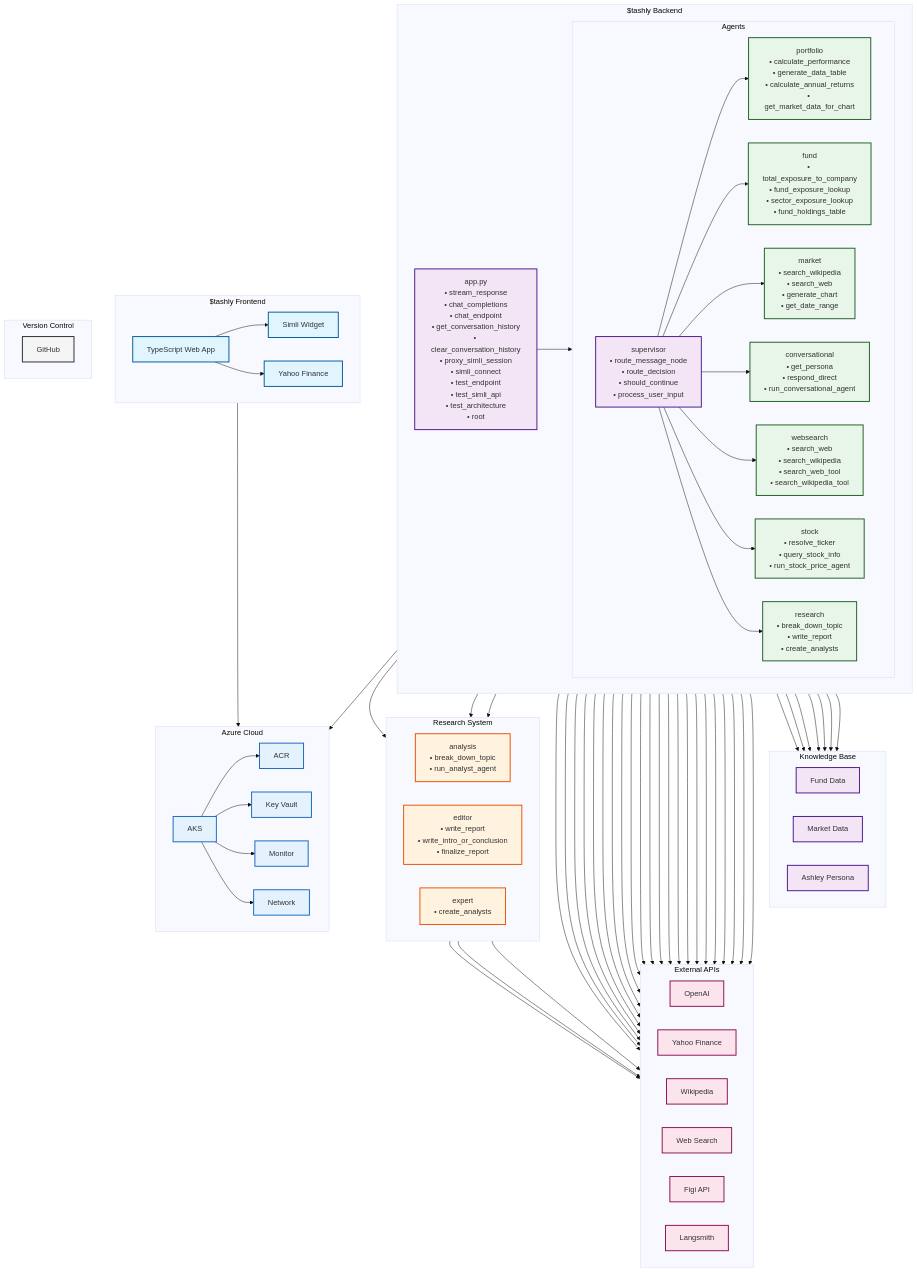
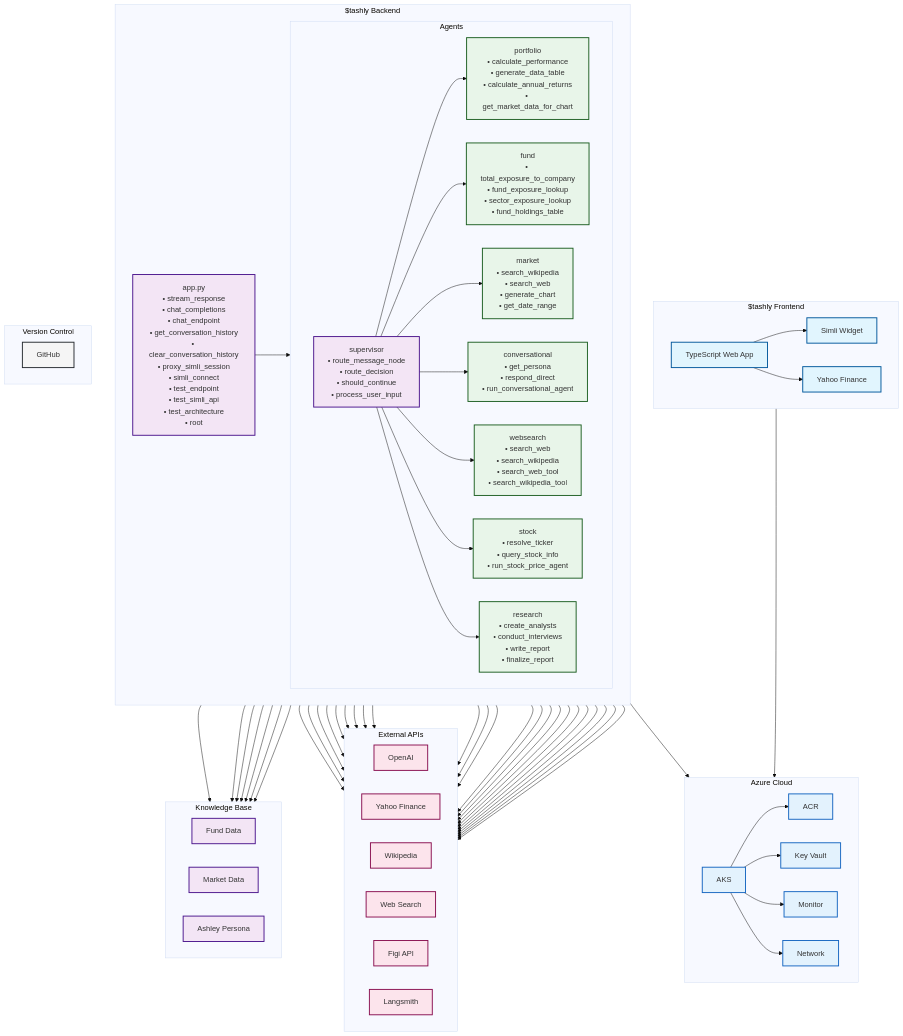
Before and after one commit to Mrcolgate2024/Stashly_BE: the diagram in ARCHITECTURE.md, drawn with Mermaid (base theme). The commit also changed other lines of this file and 9 other files, not shown here.

Commit message:
refactor: consolidate research agent system into single file with improved error handling and auto-approval

```diff
--- a/ARCHITECTURE.md
+++ b/ARCHITECTURE.md
@@ -33,16 +33,8 @@
             SUP --> CONV[conversational<br>• get_persona<br>• respond_direct<br>• run_conversational_agent]:::agent
             SUP --> WEB[websearch<br>• search_web<br>• search_wikipedia<br>• search_web_tool<br>• search_wikipedia_tool]:::agent
             SUP --> STOCK[stock<br>• resolve_ticker<br>• query_stock_info<br>• run_stock_price_agent]:::agent
-            SUP --> RS[research<br>• break_down_topic<br>• write_report<br>• create_analysts]:::agent
+            SUP --> RS[research<br>• create_analysts<br>• conduct_interviews<br>• write_report<br>• finalize_report]:::agent
         end
-    end
-
-    %% Research System
-    subgraph Research["Research System"]
-        direction LR
-        RS --> AN[analysis<br>• break_down_topic<br>• run_analyst_agent]:::research
-        RS --> ED[editor<br>• write_report<br>• write_intro_or_conclusion<br>• finalize_report]:::research
-        RS --> EX[expert<br>• create_analysts]:::research
     end
 
     %% External APIs
@@ -105,9 +97,7 @@
     CONV --> OPENAI
     WEB --> OPENAI
     STOCK --> OPENAI
-    AN --> OPENAI
-    ED --> OPENAI
-    EX --> OPENAI
+    RS --> OPENAI
 
     %% Langsmith Connections
     SUP --> LANG
@@ -122,7 +112,6 @@
     classDef frontend fill:#e1f5fe,stroke:#01579b,stroke-width:2px
     classDef backend fill:#f3e5f5,stroke:#4a148c,stroke-width:2px
     classDef agent fill:#e8f5e9,stroke:#1b5e20,stroke-width:2px
-    classDef research fill:#fff3e0,stroke:#e65100,stroke-width:2px
     classDef api fill:#fce4ec,stroke:#880e4f,stroke-width:2px
     classDef data fill:#f3e5f5,stroke:#4a148c,stroke-width:2px
     classDef azure fill:#e3f2fd,stroke:#1565c0,stroke-width:2px
```
